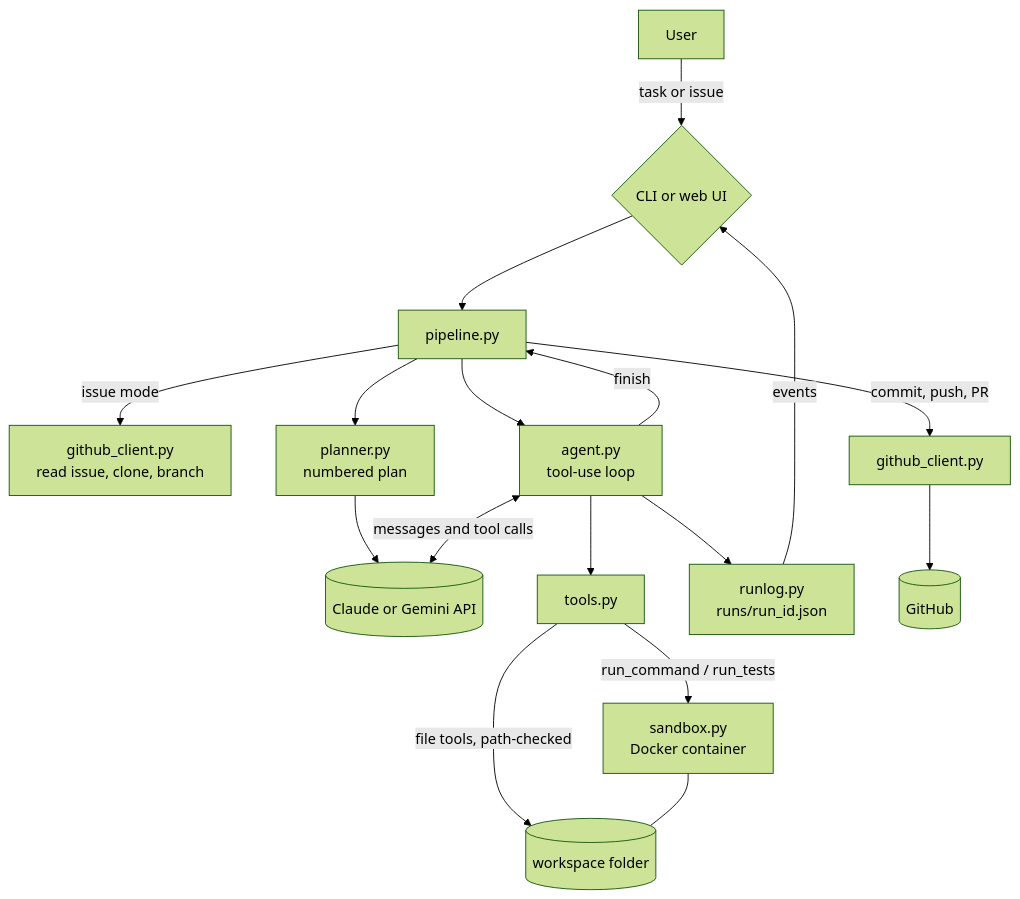
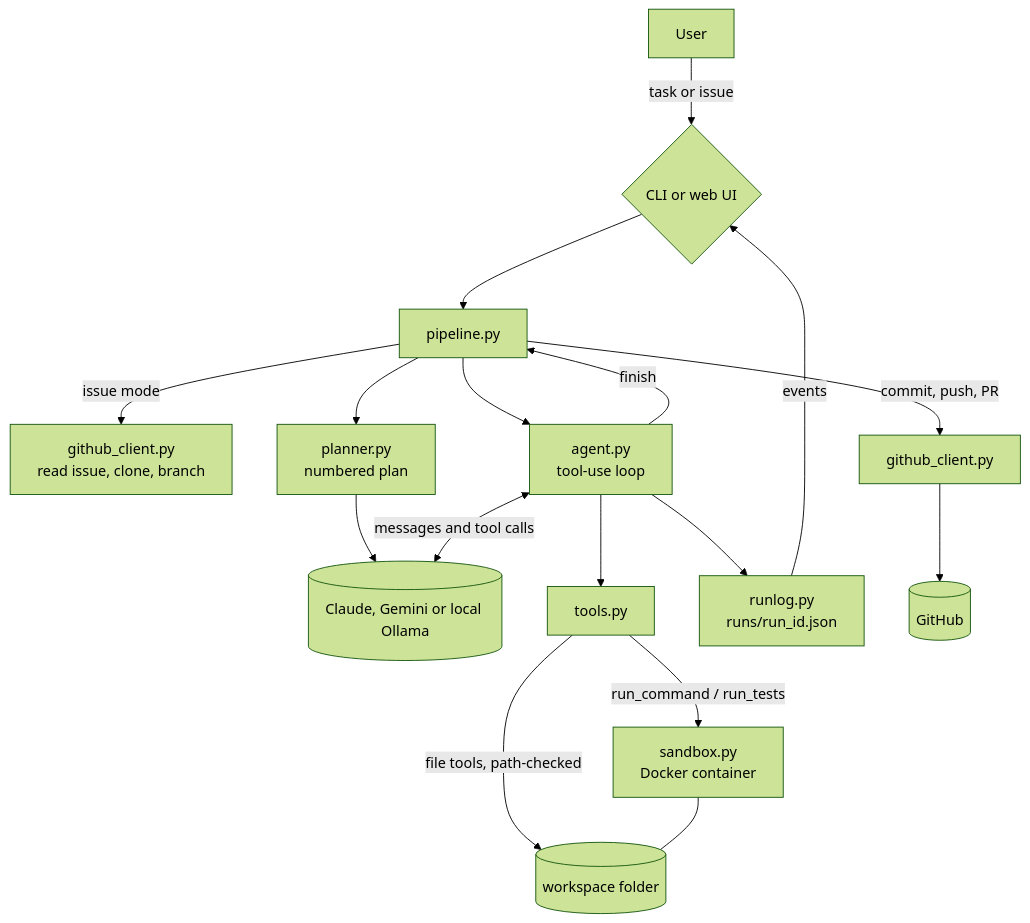
Before and after one commit to Saipavanavsp/devpilot: the diagram in README.md, drawn with Mermaid (forest theme). The commit also changed other lines of this file and 17 other files, not shown here.

First line of the commit message:
Add free local models via Ollama and fix verification and run-log bugs

````diff
--- a/README.md
+++ b/README.md
@@ -63,19 +63,19 @@
 ```mermaid
 flowchart TD
     U[User] -->|task or issue| I{CLI or web UI}
     I --> P[pipeline.py]
     P -->|issue mode| G1[github_client.py<br/>read issue, clone, branch]
     P --> PL[planner.py<br/>numbered plan]
-    PL --> LLM[(Claude or Gemini API)]
+    PL --> LLM[(Claude, Gemini or local Ollama)]
     P --> A[agent.py<br/>tool-use loop]
     A <-->|messages and tool calls| LLM
     A --> T[tools.py]
     T -->|file tools, path-checked| W[(workspace folder)]
     T -->|run_command / run_tests| S[sandbox.py<br/>Docker container]
     S --- W
     A --> L[runlog.py<br/>runs/run_id.json]
     L -->|events| I
     A -->|finish| P
     P -->|commit, push, PR| G2[github_client.py]
     G2 --> GH[(GitHub)]
 ```
````
